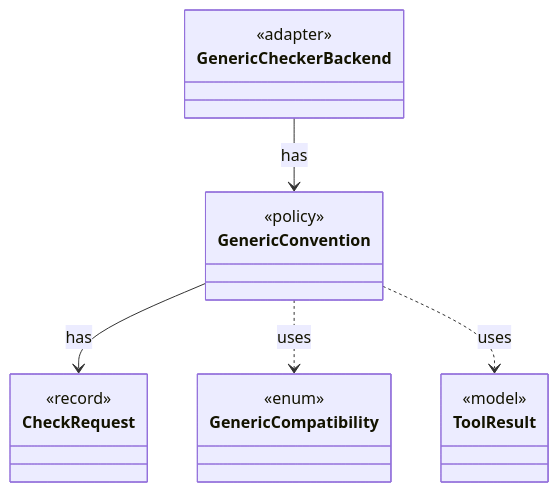
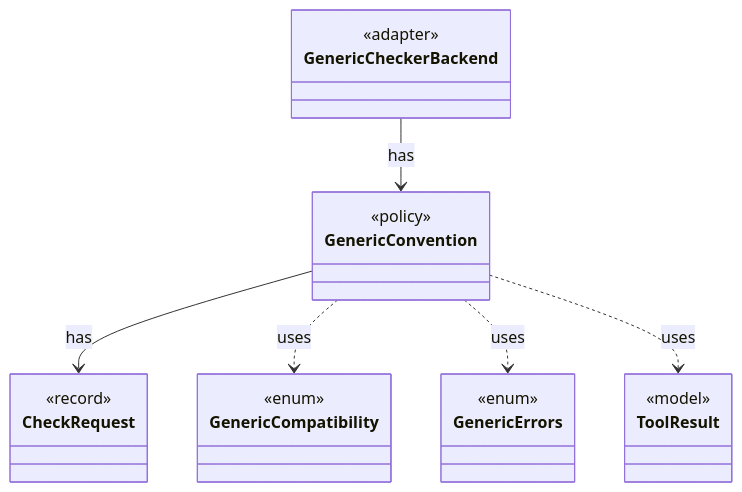
The diagram in dev/types/io.github.tlaplus.hardening.workflow.generic.GenericConvention.md (tlaplus/model-checker-hardening), drawn with Mermaid before and after one commit. The commit also changed other lines of this file and 425 other files, not shown here.

````diff
--- a/dev/types/io.github.tlaplus.hardening.workflow.generic.GenericConvention.md
+++ b/dev/types/io.github.tlaplus.hardening.workflow.generic.GenericConvention.md
@@ -9,22 +9,26 @@
 ```mermaid
 classDiagram
   class GenericConvention {
     <<policy>>
   }
   class CheckRequest {
     <<record>>
   }
   class GenericCheckerBackend {
     <<adapter>>
   }
   class GenericCompatibility {
     <<enum>>
   }
+  class GenericErrors {
+    <<enum>>
+  }
   class ToolResult {
     <<model>>
   }
   GenericConvention --> CheckRequest : has
   GenericCheckerBackend --> GenericConvention : has
   GenericConvention ..> GenericCompatibility : uses
+  GenericConvention ..> GenericErrors : uses
   GenericConvention ..> ToolResult : uses
 ```
````
